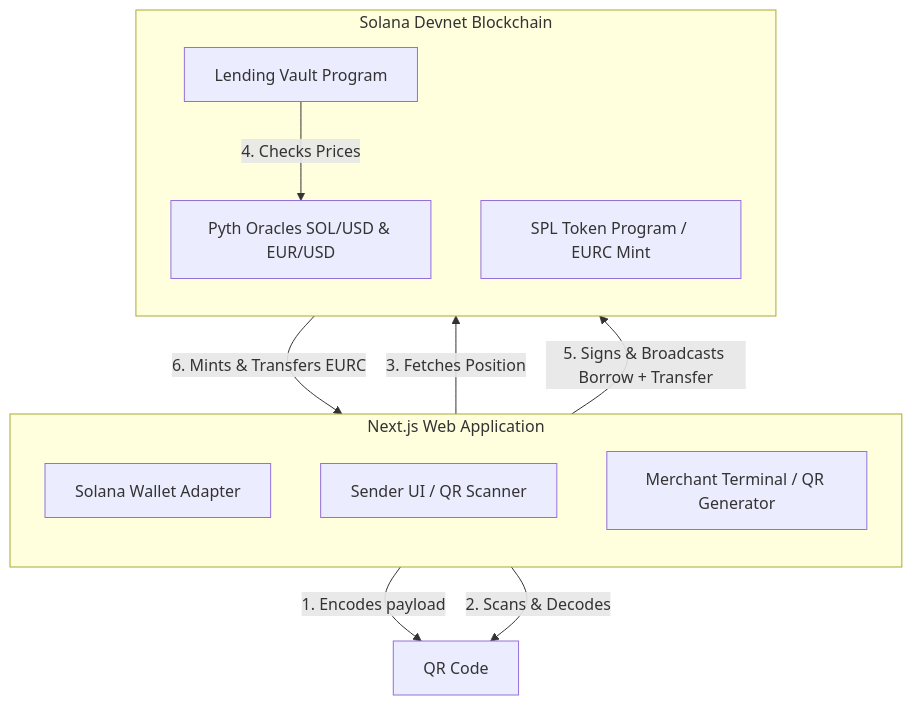
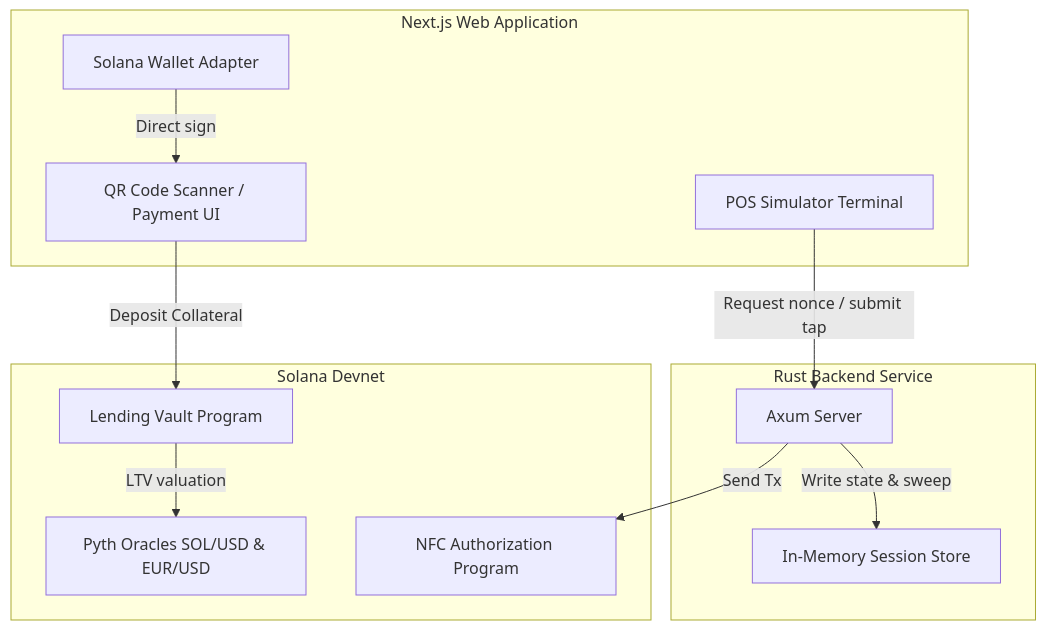
Before and after one commit to sks006/digital_payment_system: the second of 2 diagrams in README.md, drawn with Mermaid. The commit also changed other lines of this file, not shown here.

Commit message:
docs: update README with monorepo details, diagrams and active endpoints

````diff
--- a/README.md
+++ b/README.md
@@ -293,24 +99,27 @@
 ```mermaid
 graph TD
     subgraph Frontend [Next.js Web Application]
-        direction TB
         Wallet[Solana Wallet Adapter]
-        Sender[Sender UI / QR Scanner]
-        MercUI[Merchant Terminal / QR Generator]
+        Sender[QR Code Scanner / Payment UI]
+        POSSim[POS Simulator Terminal]
     end
 
-    subgraph Blockchain [Solana Devnet Blockchain]
-        direction TB
-        Lending[Lending Vault Program]
-        Pyth[Pyth Oracles SOL/USD & EUR/USD]
-        SPLToken[SPL Token Program / EURC Mint]
+    subgraph Relayer [Rust Backend Service]
+        Axum[Axum Server]
+        State[In-Memory Session Store]
     end
 
-    %% QR Pay Connections
-    MercUI -->|1. Encodes payload| QR[QR Code]
-    Sender -->|2. Scans & Decodes| QR
-    Sender -->|3. Fetches Position| Lending
-    Lending -->|4. Checks Prices| Pyth
-    Sender -->|5. Signs & Broadcasts Borrow + Transfer| SPLToken
-    SPLToken -->|6. Mints & Transfers EURC| Wallet
+    subgraph Blockchain [Solana Devnet]
+        Lending[Lending Vault Program]
+        NFCAuth[NFC Authorization Program]
+        Pyth[Pyth Oracles SOL/USD & EUR/USD]
+    end
+
+    %% Flow lines
+    POSSim -->|Request nonce / submit tap| Axum
+    Axum -->|Write state & sweep| State
+    Axum -->|Send Tx| NFCAuth
+    Sender -->|Deposit Collateral| Lending
+    Lending -->|LTV valuation| Pyth
+    Wallet -->|Direct sign| Sender
 ```
````
